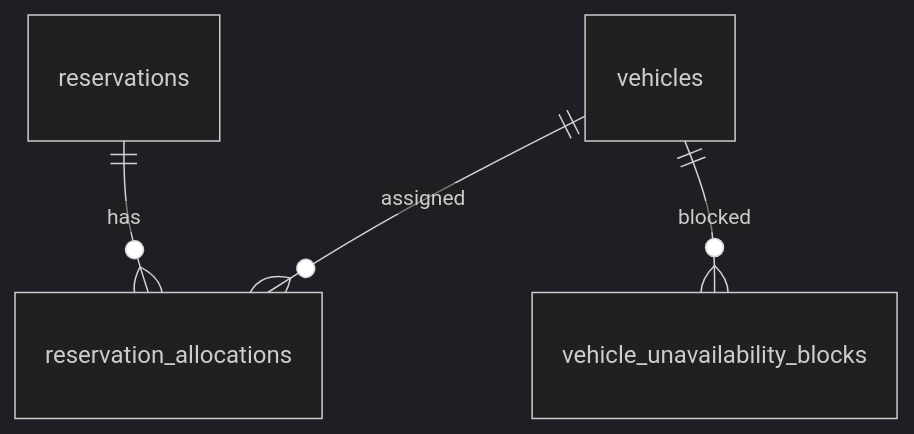
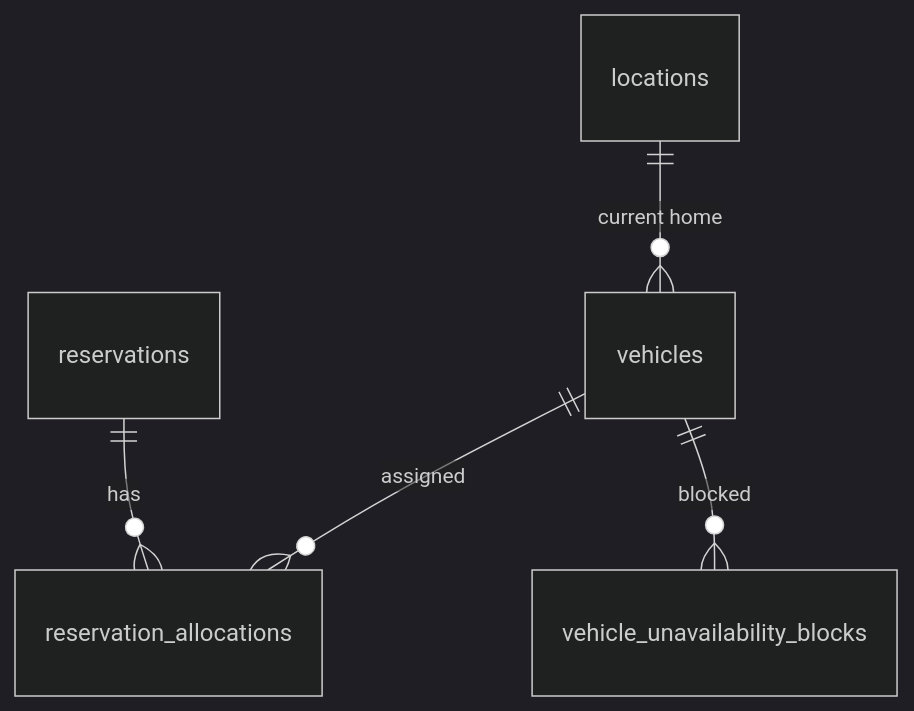
The diagram in docs/trd/database-design-reservation-allocation.md (jjchase41/ai-sdlc-car-rental), drawn with Mermaid (dark theme) before and after one commit. The commit also changed other lines of this file, not shown here.

Commit message:
docs: consolidate vehicle master schema

````diff
--- a/docs/trd/database-design-reservation-allocation.md
+++ b/docs/trd/database-design-reservation-allocation.md
@@ -13,6 +14,7 @@
 ```mermaid
 erDiagram
+    locations ||--o{ vehicles : "current home"
     reservations ||--o{ reservation_allocations : has
     vehicles ||--o{ reservation_allocations : assigned
     vehicles ||--o{ vehicle_unavailability_blocks : blocked
 ```
````
